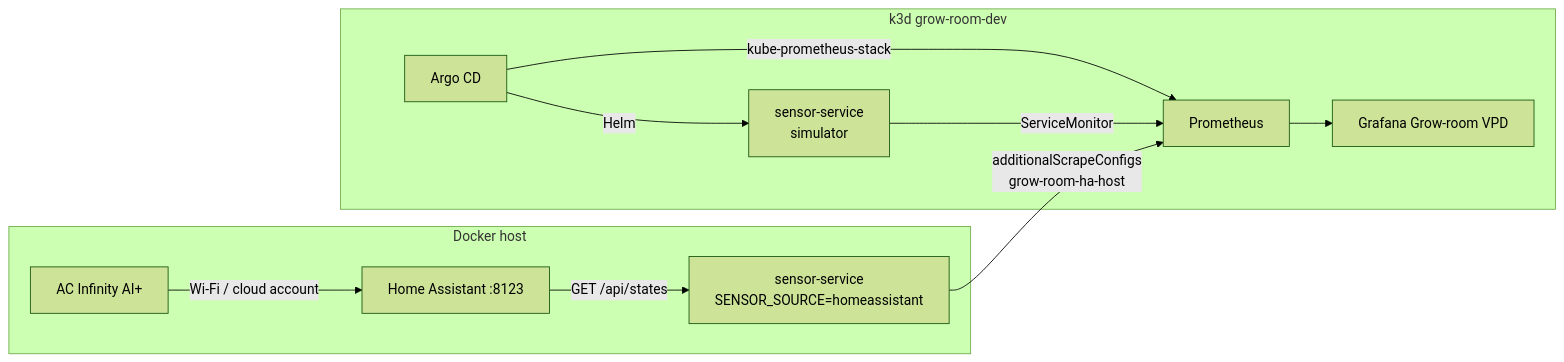
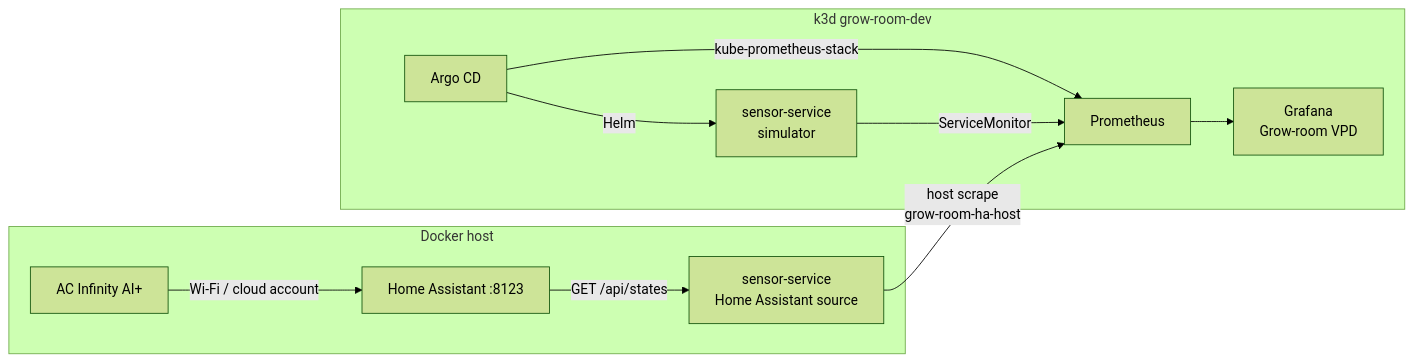
The first of 3 diagrams in docs/CAPSTONE.md (TontoBlanco/grow-room-platform), drawn with Mermaid (forest theme) before and after one commit. The commit also changed other lines of this file and 1 other file, not shown here.

````diff
--- a/docs/CAPSTONE.md
+++ b/docs/CAPSTONE.md
@@ -43,21 +52,14 @@
 ```mermaid
 flowchart LR
   subgraph edge [Docker host]
-    ACI["AC Infinity AI+"]
-    HA["Home Assistant :8123"]
-    CS["sensor-service<br/>SENSOR_SOURCE=homeassistant"]
-    ACI -->|Wi-Fi / cloud account| HA
-    HA -->|GET /api/states| CS
+    ACI["AC Infinity AI+"] -->|Wi-Fi / cloud account| HA["Home Assistant :8123"]
+    HA -->|"GET /api/states"| CS["sensor-service<br/>Home Assistant source"]
   end
   subgraph cluster [k3d grow-room-dev]
-    ARGO[Argo CD]
-    SIM["sensor-service<br/>simulator"]
-    PROM[Prometheus]
-    GRAF["Grafana Grow-room VPD"]
-    ARGO -->|Helm| SIM
-    ARGO -->|kube-prometheus-stack| PROM
+    ARGO[Argo CD] -->|Helm| SIM["sensor-service<br/>simulator"]
+    ARGO -->|kube-prometheus-stack| PROM[Prometheus]
     SIM -->|ServiceMonitor| PROM
-    PROM --> GRAF
+    PROM --> GRAF["Grafana<br/>Grow-room VPD"]
   end
-  CS -->|"additionalScrapeConfigs<br/>grow-room-ha-host"| PROM
+  CS -->|"host scrape<br/>grow-room-ha-host"| PROM
 ```
````
